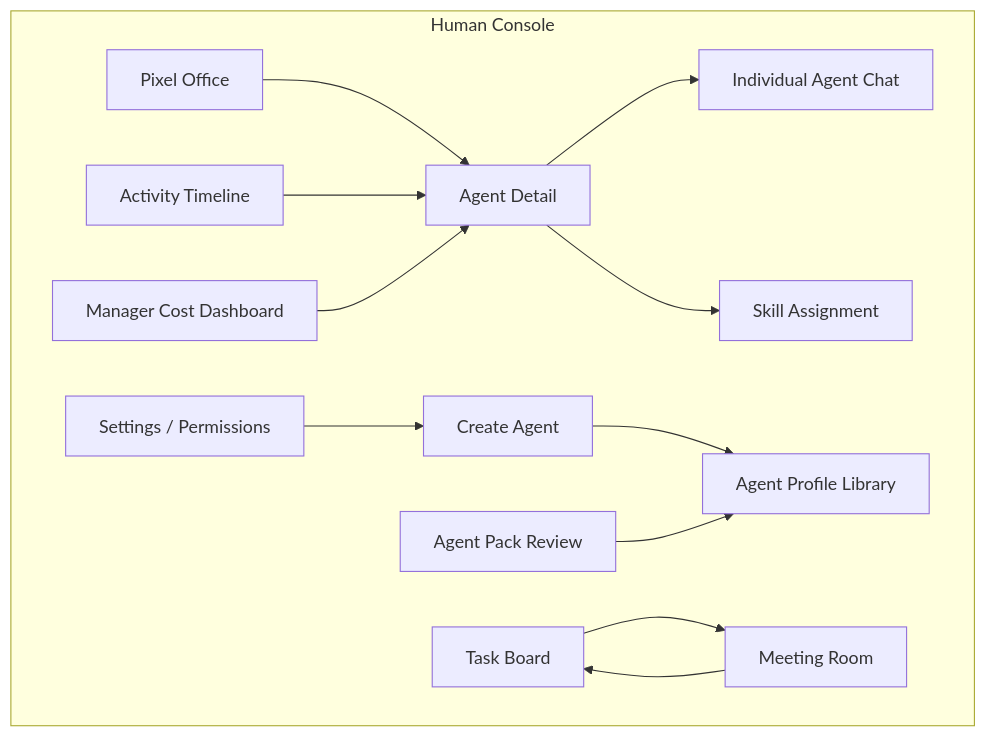
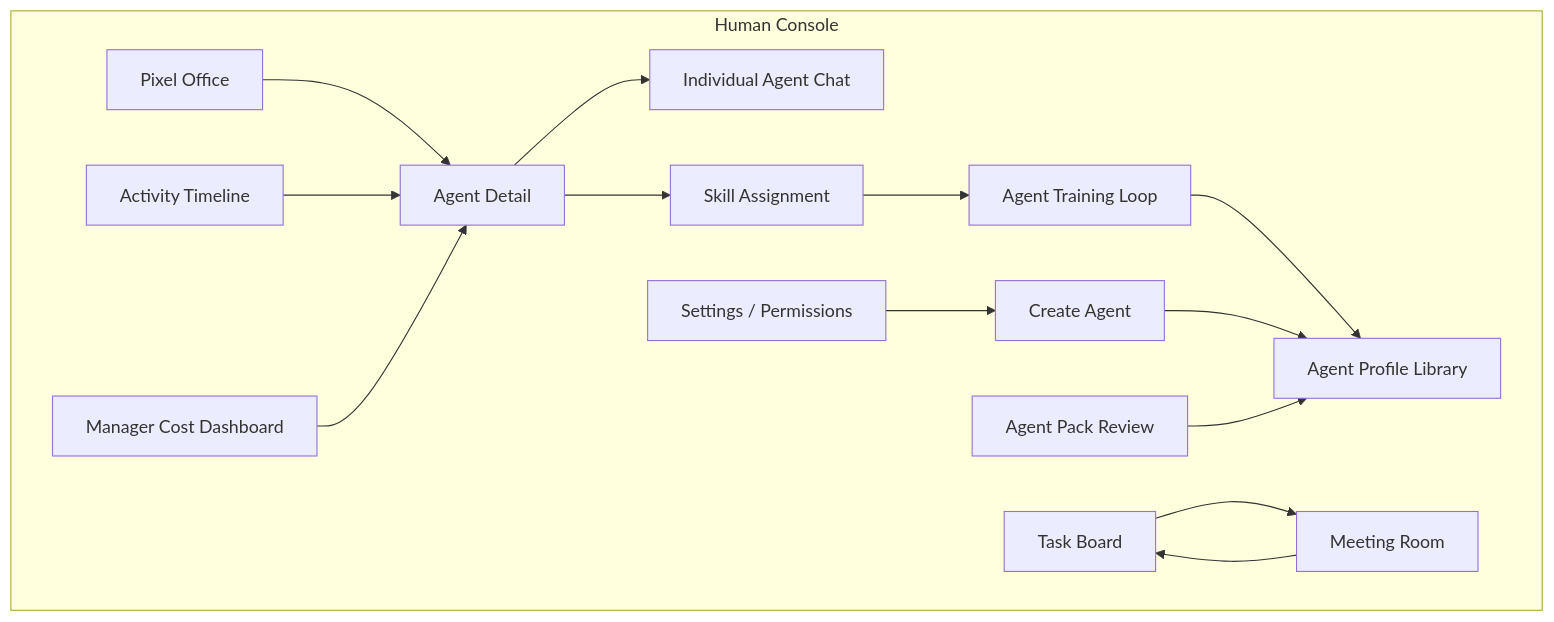
One commit to JC-8522/pixel_factory changed the diagram in docs/product_view.md. Above: the diagram before and after it, drawn with Mermaid. The commit also changed other lines of this file and 5 other files, not shown here.

Commit message:
docs: clarify agent training moat

````diff
--- a/docs/product_view.md
+++ b/docs/product_view.md
@@ -11,28 +13,31 @@
 ```mermaid
 flowchart TB
   subgraph HumanConsole["Human Console"]
     Office["Pixel Office"]
     AgentDetail["Agent Detail"]
     IndividualChat["Individual Agent Chat"]
     CreateAgent["Create Agent"]
     ProfileLibrary["Agent Profile Library"]
     Skills["Skill Assignment"]
+    TrainingLoop["Agent Training Loop"]
     TaskBoard["Task Board"]
     MeetingRoom["Meeting Room"]
     Timeline["Activity Timeline"]
     CostDashboard["Manager Cost Dashboard"]
     AgentPacks["Agent Pack Review"]
     Settings["Settings / Permissions"]
   end
 
   Office --> AgentDetail
   AgentDetail --> IndividualChat
   AgentDetail --> Skills
+  Skills --> TrainingLoop
+  TrainingLoop --> ProfileLibrary
   CreateAgent --> ProfileLibrary
   TaskBoard --> MeetingRoom
   MeetingRoom --> TaskBoard
   Timeline --> AgentDetail
   CostDashboard --> AgentDetail
   AgentPacks --> ProfileLibrary
   Settings --> CreateAgent
 ```
````
